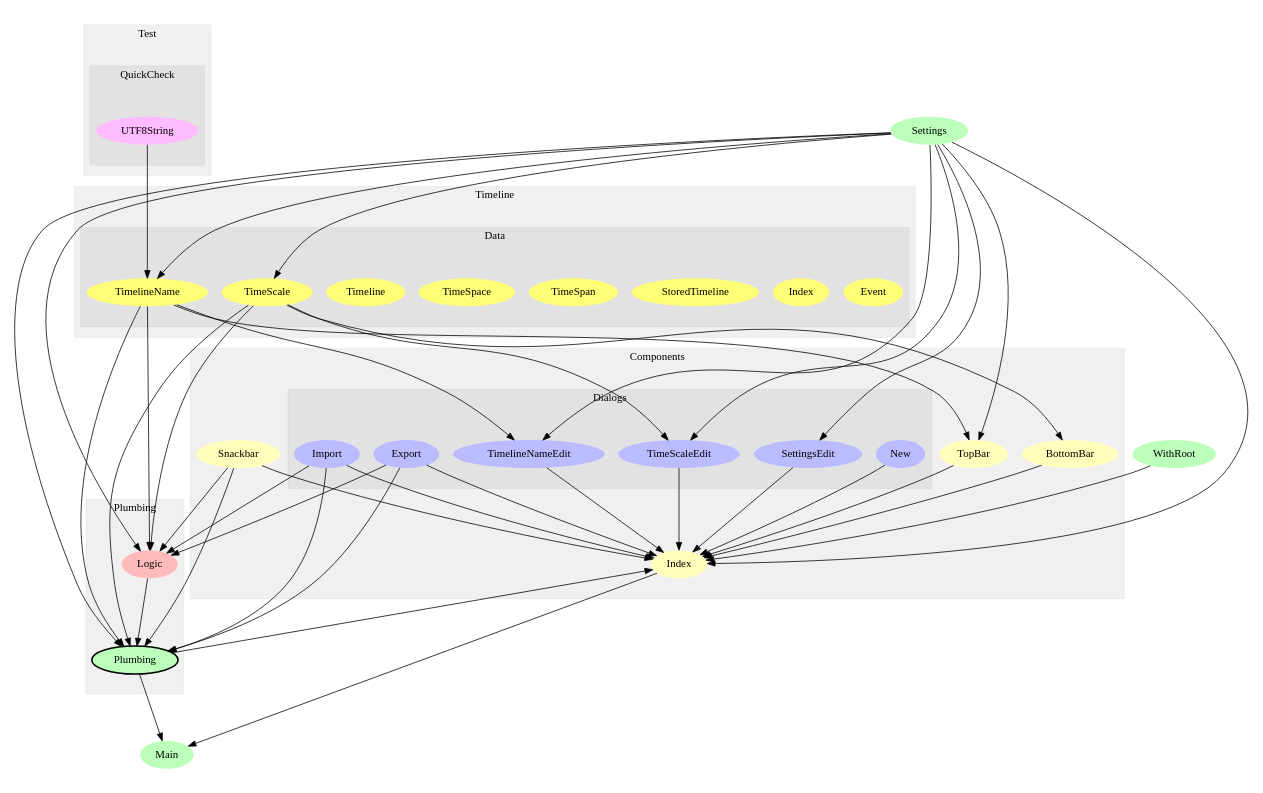
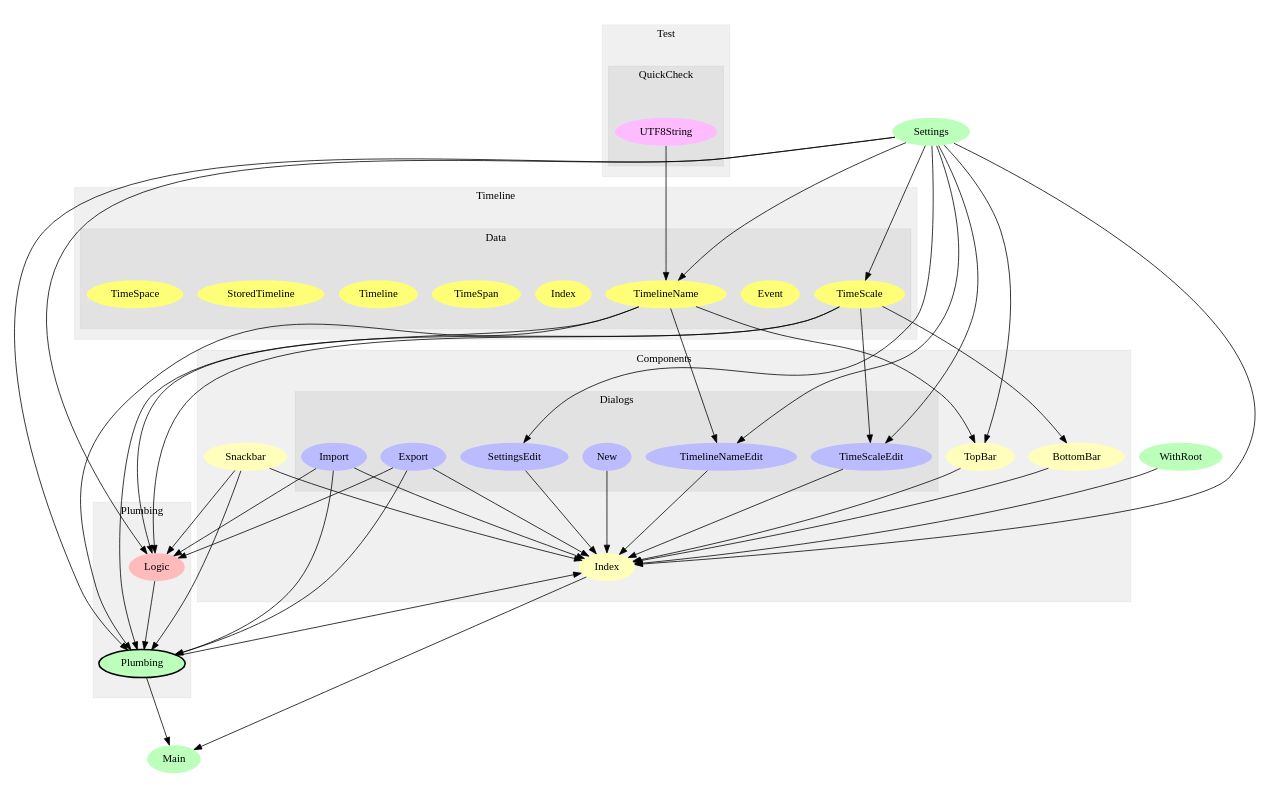
The diagram in modules.dot (openchronology/openchronology.github.io), drawn with Graphviz before and after one commit. The commit also changed 32 other files, not shown here.

```diff
--- a/modules.dot
+++ b/modules.dot
@@ -1,109 +1,109 @@
 digraph Modules {
 size="12,8";
 ratio="fill";
-u1[label="WithRoot",style="filled",fillcolor="#bbffbb",penwidth="0"];
-u2[label="Main",style="filled",fillcolor="#bbffbb",penwidth="0"];
-u14[label="Settings",style="filled",fillcolor="#bbffbb",penwidth="0"];
+u0[label="Main",style="filled",fillcolor="#bbffbb",penwidth="0"];
+u21[label="WithRoot",style="filled",fillcolor="#bbffbb",penwidth="0"];
+u22[label="Settings",style="filled",fillcolor="#bbffbb",penwidth="0"];
 subgraph cluster_0 {
 label="Components";
 color="#0000000F";
 style="filled";
-u4[label="Index",style="filled",fillcolor="#ffffbb",penwidth="0"];
-u5[label="TopBar",style="filled",fillcolor="#ffffbb",penwidth="0"];
-u12[label="Snackbar",style="filled",fillcolor="#ffffbb",penwidth="0"];
-u13[label="BottomBar",style="filled",fillcolor="#ffffbb",penwidth="0"];
+u17[label="Index",style="filled",fillcolor="#ffffbb",penwidth="0"];
+u18[label="TopBar",style="filled",fillcolor="#ffffbb",penwidth="0"];
+u19[label="BottomBar",style="filled",fillcolor="#ffffbb",penwidth="0"];
+u20[label="Snackbar",style="filled",fillcolor="#ffffbb",penwidth="0"];
 subgraph cluster_1 {
 label="Dialogs";
 color="#0000000F";
 style="filled";
-u6[label="New",style="filled",fillcolor="#bbbbff",penwidth="0"];
-u7[label="Export",style="filled",fillcolor="#bbbbff",penwidth="0"];
-u8[label="Import",style="filled",fillcolor="#bbbbff",penwidth="0"];
-u9[label="TimeScaleEdit",style="filled",fillcolor="#bbbbff",penwidth="0"];
-u10[label="TimelineNameEdit",style="filled",fillcolor="#bbbbff",penwidth="0"];
-u11[label="SettingsEdit",style="filled",fillcolor="#bbbbff",penwidth="0"];
+u11[label="TimelineNameEdit",style="filled",fillcolor="#bbbbff",penwidth="0"];
+u12[label="SettingsEdit",style="filled",fillcolor="#bbbbff",penwidth="0"];
+u13[label="New",style="filled",fillcolor="#bbbbff",penwidth="0"];
+u14[label="Export",style="filled",fillcolor="#bbbbff",penwidth="0"];
+u15[label="Import",style="filled",fillcolor="#bbbbff",penwidth="0"];
+u16[label="TimeScaleEdit",style="filled",fillcolor="#bbbbff",penwidth="0"];
 
 }
 
 }
 subgraph cluster_2 {
 label="Plumbing";
 color="#0000000F";
 style="filled";
-u0[label="Plumbing",style="filled,bold",fillcolor="#bbffbb"];
-u3[label="Logic",style="filled",fillcolor="#ffbbbb",penwidth="0"];
+u10[label="Plumbing",style="filled,bold",fillcolor="#bbffbb"];
+u1[label="Logic",style="filled",fillcolor="#ffbbbb",penwidth="0"];
 
 }
 subgraph cluster_3 {
 label="Test";
 color="#0000000F";
 style="filled";
 subgraph cluster_4 {
 label="QuickCheck";
 color="#0000000F";
 style="filled";
-u15[label="UTF8String",style="filled",fillcolor="#ffbbff",penwidth="0"];
+u23[label="UTF8String",style="filled",fillcolor="#ffbbff",penwidth="0"];
 
 }
 
 }
 subgraph cluster_5 {
 label="Timeline";
 color="#0000000F";
 style="filled";
 subgraph cluster_6 {
 label="Data";
 color="#0000000F";
 style="filled";
-u16[label="Event",style="filled",fillcolor="#ffff77",penwidth="0"];
-u17[label="Index",style="filled",fillcolor="#ffff77",penwidth="0"];
-u18[label="StoredTimeline",style="filled",fillcolor="#ffff77",penwidth="0"];
-u19[label="TimeSpan",style="filled",fillcolor="#ffff77",penwidth="0"];
-u20[label="TimeSpace",style="filled",fillcolor="#ffff77",penwidth="0"];
-u21[label="Timeline",style="filled",fillcolor="#ffff77",penwidth="0"];
-u22[label="TimelineName",style="filled",fillcolor="#ffff77",penwidth="0"];
-u23[label="TimeScale",style="filled",fillcolor="#ffff77",penwidth="0"];
+u2[label="TimeScale",style="filled",fillcolor="#ffff77",penwidth="0"];
+u3[label="Event",style="filled",fillcolor="#ffff77",penwidth="0"];
+u4[label="TimelineName",style="filled",fillcolor="#ffff77",penwidth="0"];
+u5[label="Index",style="filled",fillcolor="#ffff77",penwidth="0"];
+u6[label="TimeSpan",style="filled",fillcolor="#ffff77",penwidth="0"];
+u7[label="Timeline",style="filled",fillcolor="#ffff77",penwidth="0"];
+u8[label="StoredTimeline",style="filled",fillcolor="#ffff77",penwidth="0"];
+u9[label="TimeSpace",style="filled",fillcolor="#ffff77",penwidth="0"];
 
 }
 
 }
-u3 -> u0;
-u7 -> u0;
-u8 -> u0;
-u12 -> u0;
-u14 -> u0;
-u22 -> u0;
-u23 -> u0;
-u0 -> u2;
-u4 -> u2;
-u7 -> u3;
-u8 -> u3;
-u12 -> u3;
-u14 -> u3;
-u22 -> u3;
-u23 -> u3;
-u0 -> u4;
-u1 -> u4;
-u5 -> u4;
-u6 -> u4;
-u7 -> u4;
-u8 -> u4;
-u9 -> u4;
-u10 -> u4;
-u11 -> u4;
-u12 -> u4;
-u13 -> u4;
-u14 -> u4;
-u14 -> u5;
-u22 -> u5;
-u14 -> u9;
-u23 -> u9;
+u10 -> u0;
+u17 -> u0;
+u2 -> u1;
+u4 -> u1;
+u14 -> u1;
+u15 -> u1;
+u20 -> u1;
+u22 -> u1;
+u22 -> u2;
+u22 -> u4;
+u23 -> u4;
+u1 -> u10;
+u2 -> u10;
+u4 -> u10;
 u14 -> u10;
+u15 -> u10;
+u20 -> u10;
 u22 -> u10;
-u14 -> u11;
-u23 -> u13;
-u14 -> u22;
-u15 -> u22;
-u14 -> u23;
+u4 -> u11;
+u22 -> u11;
+u22 -> u12;
+u2 -> u16;
+u22 -> u16;
+u10 -> u17;
+u11 -> u17;
+u12 -> u17;
+u13 -> u17;
+u14 -> u17;
+u15 -> u17;
+u16 -> u17;
+u18 -> u17;
+u19 -> u17;
+u20 -> u17;
+u21 -> u17;
+u22 -> u17;
+u4 -> u18;
+u22 -> u18;
+u2 -> u19;
 
 }
```
